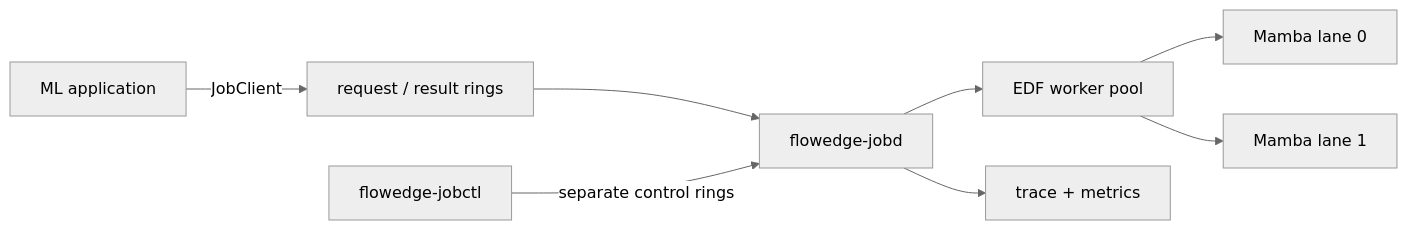
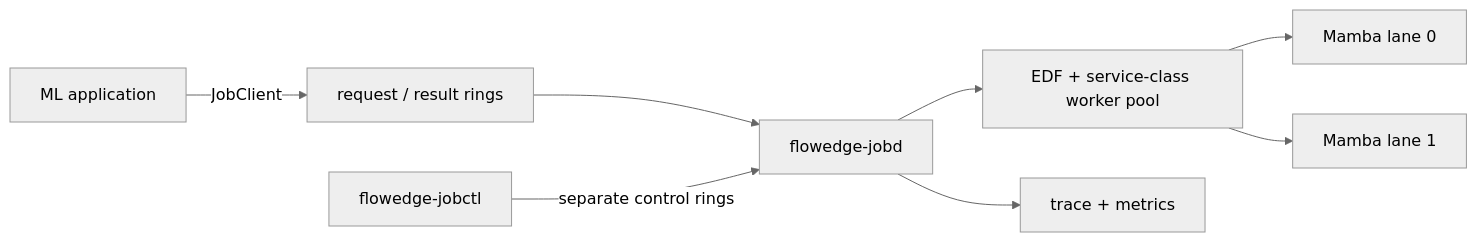
One commit to elprofesoriqo/FlowEdge changed the diagram in docs/guides/generic-job-daemon.md. Above: the diagram before and after it, drawn with Mermaid (neutral theme). The commit also changed other lines of this file and 10 other files, not shown here.

````diff
--- a/docs/guides/generic-job-daemon.md
+++ b/docs/guides/generic-job-daemon.md
@@ -7,10 +7,10 @@
 ```{mermaid}
 flowchart LR
   A[ML application] -->|JobClient| D[request / result rings]
   D --> J[flowedge-jobd]
   C[flowedge-jobctl] -->|separate control rings| J
-  J --> P[EDF worker pool]
+  J --> P[EDF + service-class worker pool]
   P --> W1[Mamba lane 0]
   P --> W2[Mamba lane 1]
   J --> O[trace + metrics]
 ```
````
